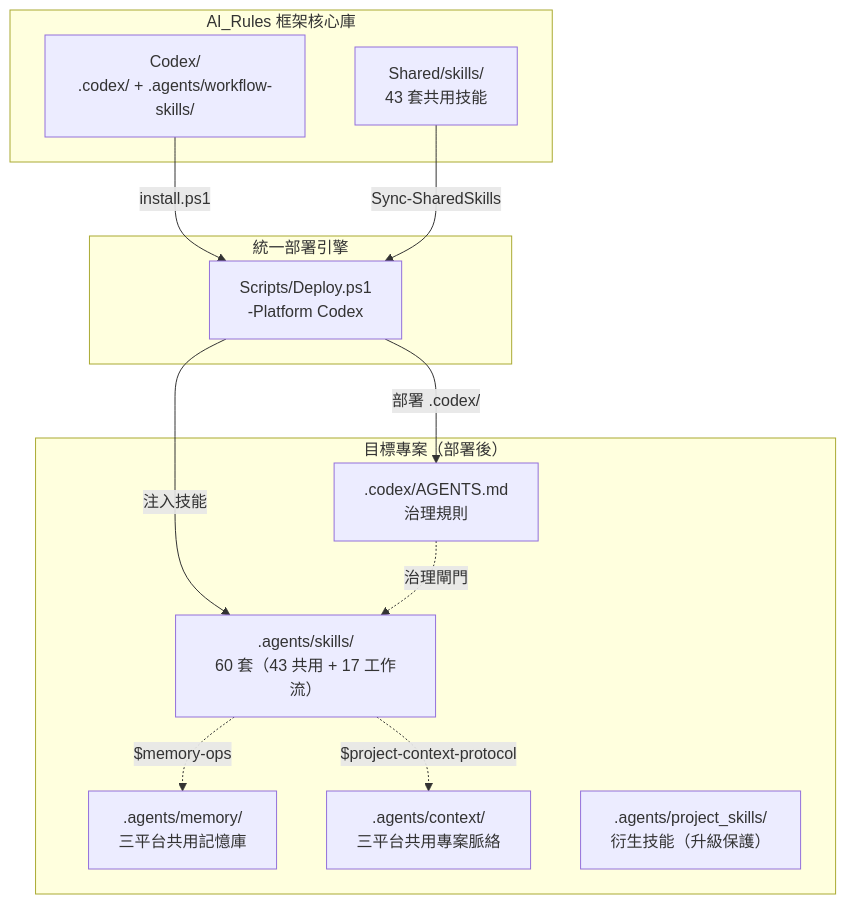
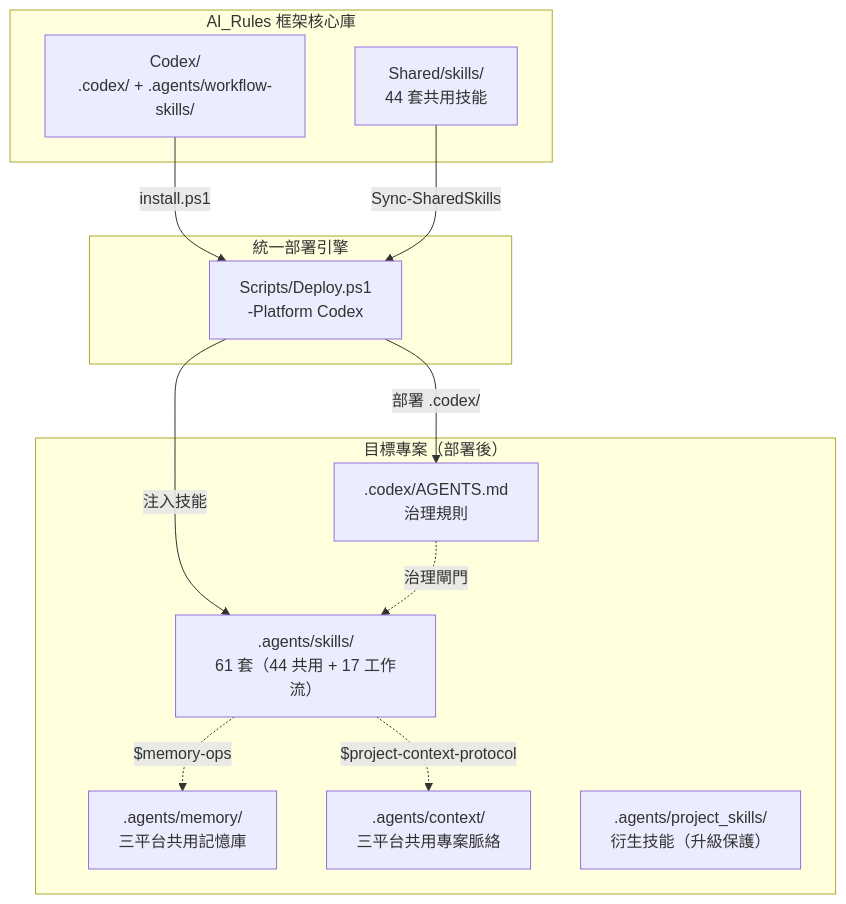
One commit to Kunshao1117/AI_Rules changed the first of 2 diagrams in Codex/README.md. Above: the diagram before and after it, drawn with Mermaid. The commit also changed other lines of this file and 85 other files, not shown here.

````diff
--- a/Codex/README.md
+++ b/Codex/README.md
@@ -78,27 +78,27 @@
 ```mermaid
 graph TB
     subgraph "AI_Rules 框架核心庫"
         SRC["Codex/<br/>.codex/ + .agents/workflow-skills/"]
-        SH["Shared/skills/<br/>43 套共用技能"]
+        SH["Shared/skills/<br/>44 套共用技能"]
     end
 
     subgraph "統一部署引擎"
         DEPLOY["Scripts/Deploy.ps1<br/>-Platform Codex"]
     end
 
     subgraph "目標專案（部署後）"
         CODEX[".codex/AGENTS.md<br/>治理規則"]
-        SKILLS[".agents/skills/<br/>60 套（43 共用 + 17 工作流）"]
+        SKILLS[".agents/skills/<br/>61 套（44 共用 + 17 工作流）"]
         MEM[".agents/memory/<br/>三平台共用記憶庫"]
         CTX[".agents/context/<br/>三平台共用專案脈絡"]
         PROJ[".agents/project_skills/<br/>衍生技能（升級保護）"]
     end
 
     SRC -->|"install.ps1"| DEPLOY
     SH -->|"Sync-SharedSkills"| DEPLOY
     DEPLOY -->|"部署 .codex/"| CODEX
     DEPLOY -->|"注入技能"| SKILLS
     SKILLS -.->|"$memory-ops"| MEM
     SKILLS -.->|"$project-context-protocol"| CTX
     CODEX -.->|"治理閘門"| SKILLS
 ```
````
